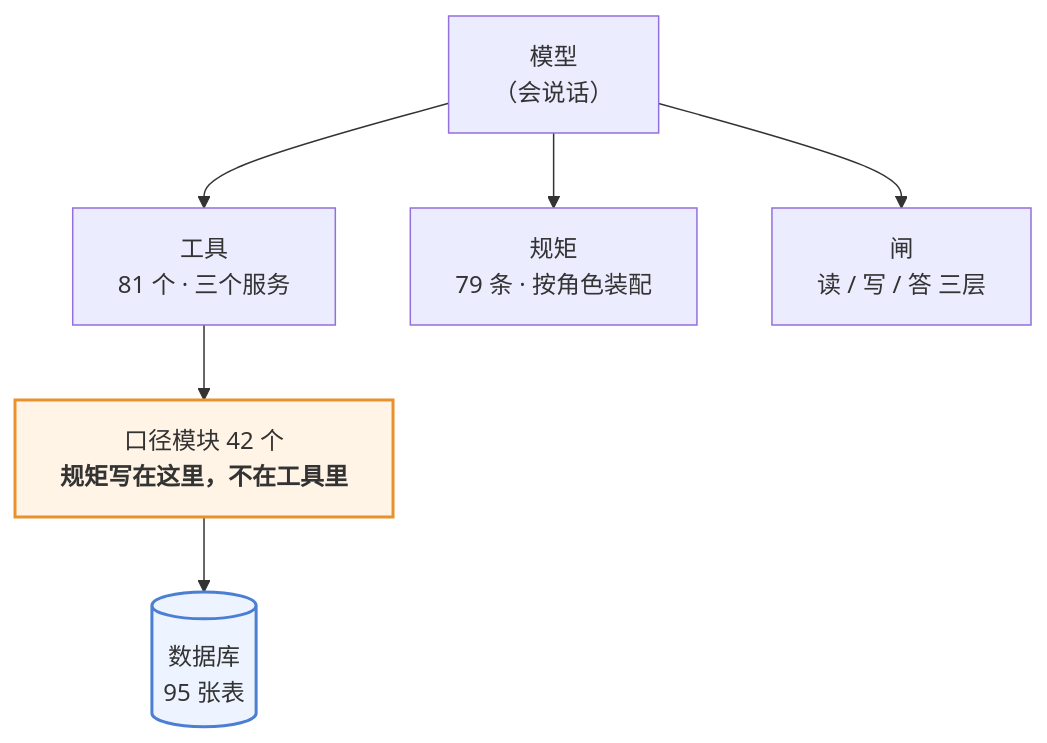
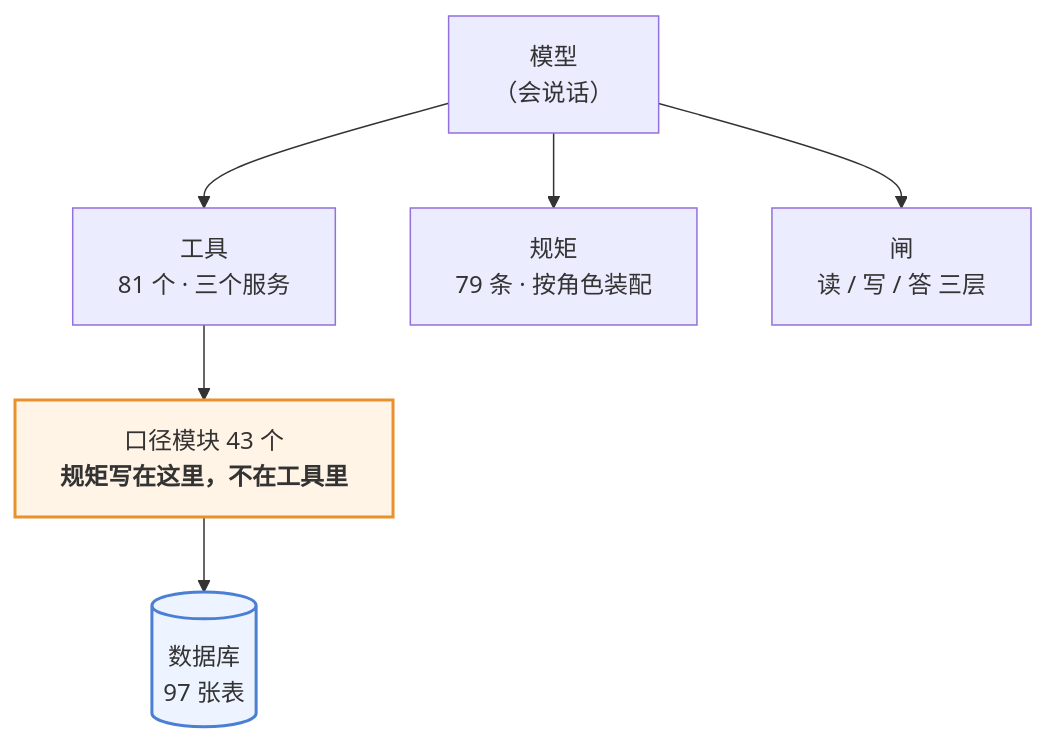
Before and after one commit to 843773296-rgb/lanxiu-yunshang-agent: the first of 3 diagrams in 澜绣云裳agent-产品说明.md, drawn with Mermaid. The commit also changed other lines of this file and 13 other files, not shown here.

````diff
--- a/澜绣云裳agent-产品说明.md
+++ b/澜绣云裳agent-产品说明.md
@@ -62,12 +62,12 @@
 ```mermaid
 flowchart TD
     M["模型<br/>（会说话）"]
     M --> T["工具<br/>81 个 · 三个服务"]
     M --> R["规矩<br/>79 条 · 按角色装配"]
     M --> G["闸<br/>读 / 写 / 答 三层"]
-    T --> K["口径模块 42 个<br/><b>规矩写在这里，不在工具里</b>"]
-    K --> DB[("数据库<br/>95 张表")]
+    T --> K["口径模块 43 个<br/><b>规矩写在这里，不在工具里</b>"]
+    K --> DB[("数据库<br/>97 张表")]
 
     style K fill:#fff4e6,stroke:#e8912d,stroke-width:2px
     style DB fill:#eef4ff,stroke:#4a7fd4,stroke-width:2px
 ```
````
